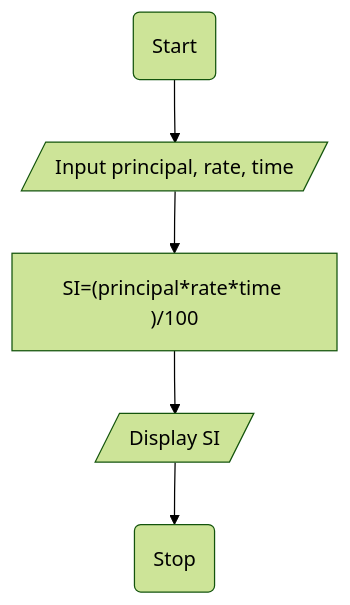
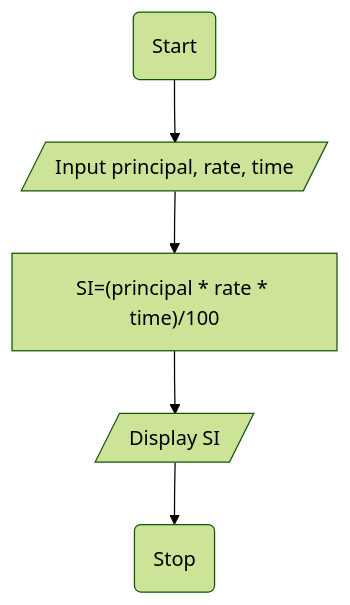
The fifth of 10 diagrams in README.md (jayani-athukorala/algorithm-flowchart-workshop), drawn with Mermaid (forest theme) before and after one commit. The commit also changed other lines of this file, not shown here.

Commit message:
Add mermaid flowchart for Q5 modification

````diff
--- a/README.md
+++ b/README.md
@@ -179,7 +179,7 @@
 ```mermaid
 flowchart TD
     A(Start) --> B[/Input principal, rate, time/]
-    B --> C["SI=(principal*rate*time )/100"]
+    B --> C["SI=(principal * rate * time)/100"]
     C --> D[/Display SI/]
     D --> E(Stop)
 ```
````
